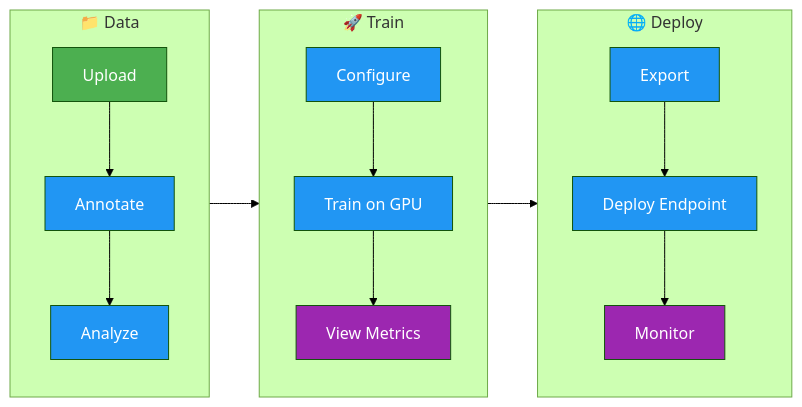
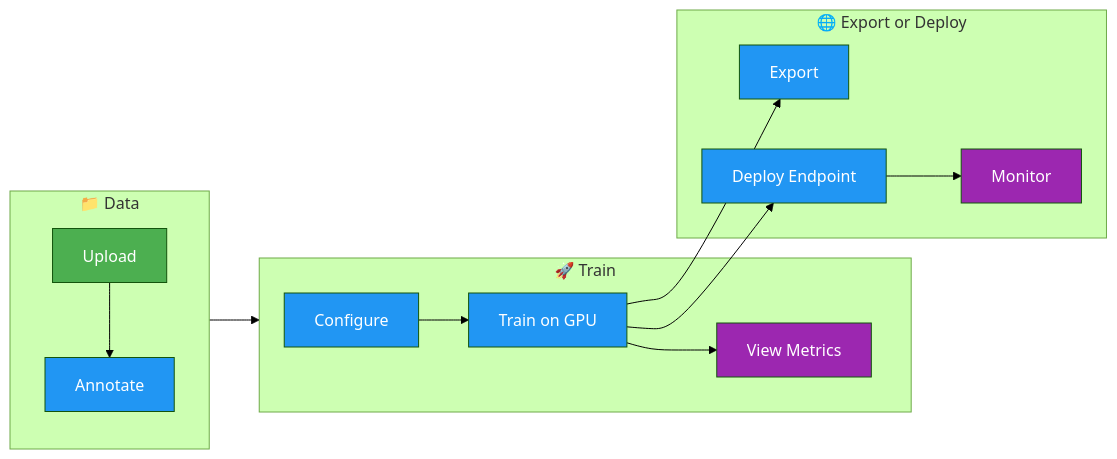
Before and after one commit to Rehman-AD/cv-yolov8-core: the first of 3 diagrams in docs/en/platform/index.md, drawn with Mermaid (forest theme). The commit also changed other lines of this file and 6 other files, not shown here.

Commit message:
Align Platform workflow diagrams with the product (#25840)

````diff
--- a/docs/en/platform/index.md
+++ b/docs/en/platform/index.md
@@ -22,20 +22,21 @@
 ```mermaid
 graph LR
     subgraph Data["📁 Data"]
         A[Upload]:::start --> B[Annotate]:::proc
-        B --> C[Analyze]:::proc
     end
     subgraph Train["🚀 Train"]
         D[Configure]:::proc --> E[Train on GPU]:::proc
         E --> F[View Metrics]:::out
     end
-    subgraph Deploy["🌐 Deploy"]
-        G[Export]:::proc --> H[Deploy Endpoint]:::proc
-        H --> I[Monitor]:::out
+    subgraph Deploy["🌐 Export or Deploy"]
+        G[Export]:::proc
+        H[Deploy Endpoint]:::proc --> I[Monitor]:::out
     end
-    Data --> Train --> Deploy
+    Data --> Train
+    E --> G
+    E --> H
 
     classDef start fill:#4CAF50,color:#fff
     classDef proc fill:#2196F3,color:#fff
     classDef out fill:#9C27B0,color:#fff
 ```
````
